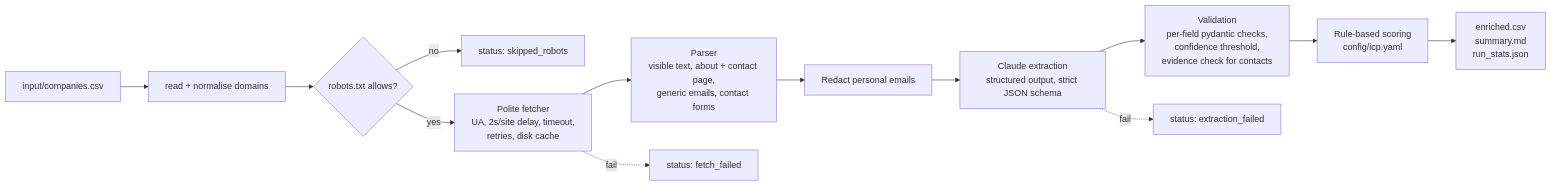
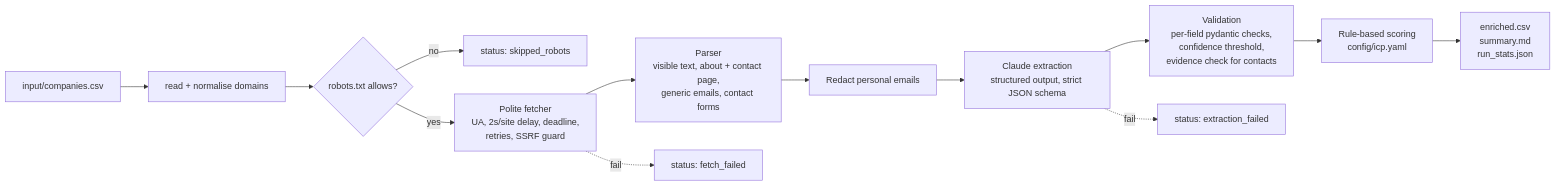
The diagram in README.md (Melwis880/lead-enrichment-pipeline), drawn with Mermaid before and after one commit. The commit also changed other lines of this file and 9 other files, not shown here.

````diff
--- a/README.md
+++ b/README.md
@@ -34,15 +34,15 @@
 ```mermaid
 flowchart LR
     A[input/companies.csv] --> B[read + normalise domains]
     B --> C{robots.txt allows?}
     C -- no --> X[status: skipped_robots]
-    C -- yes --> D[Polite fetcher<br/>UA, 2s/site delay, timeout,<br/>retries, disk cache]
+    C -- yes --> D[Polite fetcher<br/>UA, 2s/site delay, deadline,<br/>retries, SSRF guard]
     D --> E[Parser<br/>visible text, about + contact page,<br/>generic emails, contact forms]
     E --> F[Redact personal emails]
     F --> G[Claude extraction<br/>structured output, strict JSON schema]
     G --> H[Validation<br/>per-field pydantic checks,<br/>confidence threshold,<br/>evidence check for contacts]
     H --> I[Rule-based scoring<br/>config/icp.yaml]
     I --> J[enriched.csv<br/>summary.md<br/>run_stats.json]
     D -. fail .-> Y[status: fetch_failed]
     G -. fail .-> Z[status: extraction_failed]
 ```
````
